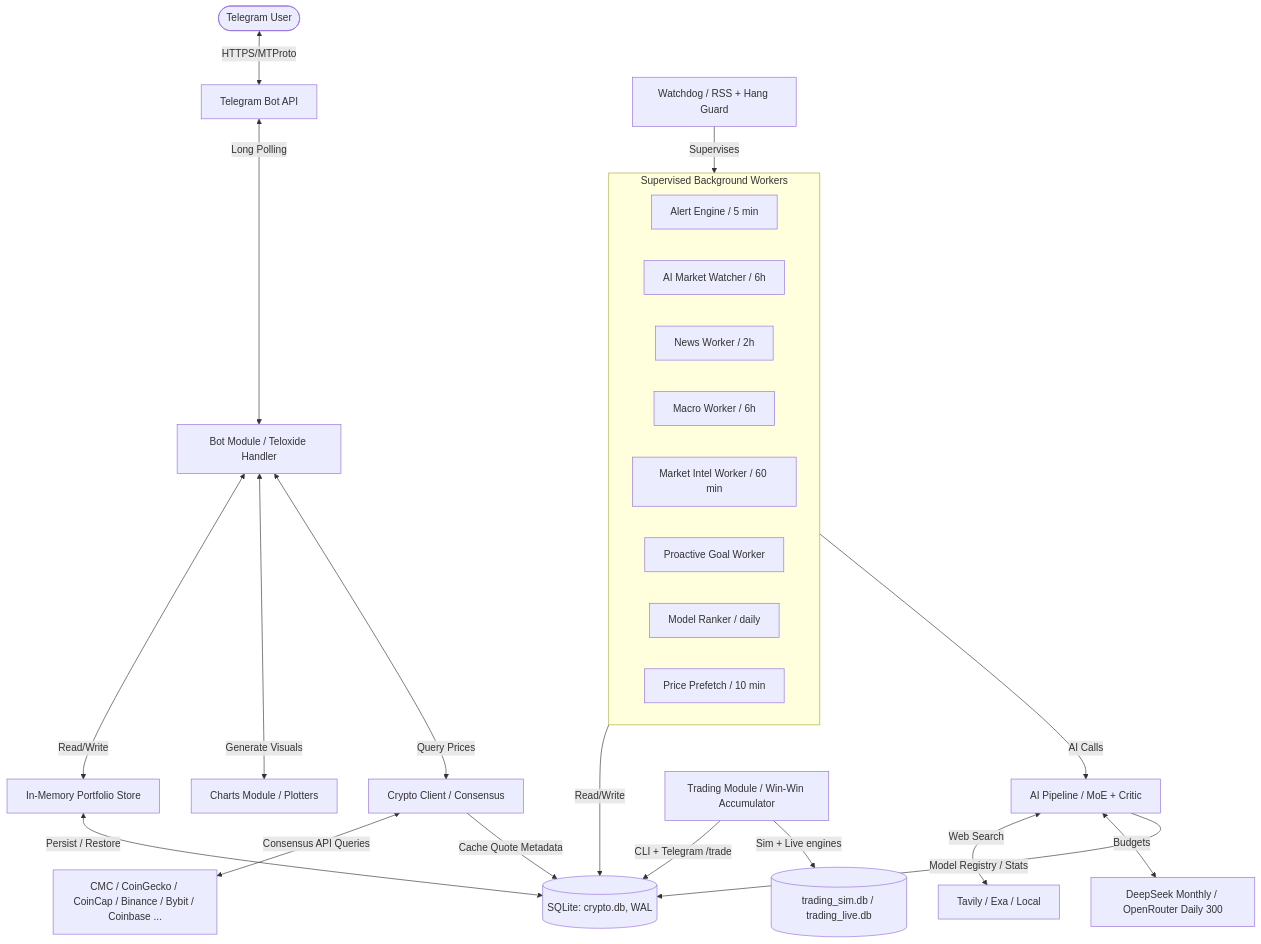
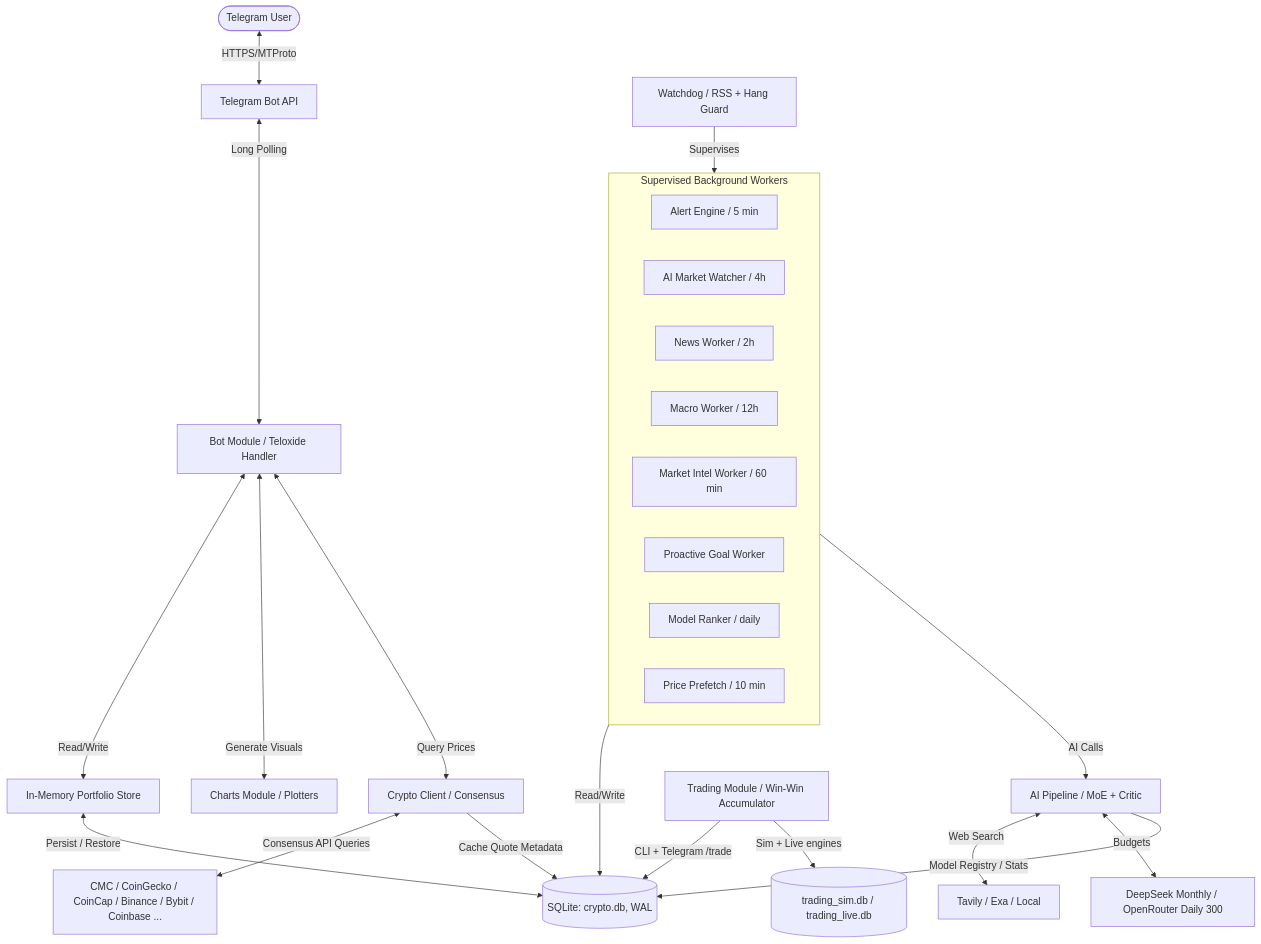
The diagram in docs/architecture.md (Envel-Nikita-Gutsenkov/CryptographBot), drawn with Mermaid before and after one commit. The commit also changed other lines of this file and 3 other files, not shown here.

````diff
--- a/docs/architecture.md
+++ b/docs/architecture.md
@@ -14,29 +14,29 @@
 ```mermaid
 graph TD
     User([Telegram User]) <-->|HTTPS/MTProto| Telegram[Telegram Bot API]
     Telegram <-->|Long Polling| Bot[Bot Module / Teloxide Handler]
     Bot <-->|Read/Write| Store[In-Memory Portfolio Store]
     Store <-->|Persist / Restore| Sqlite[(SQLite: crypto.db, WAL)]
     Bot <-->|Generate Visuals| Charts[Charts Module / Plotters]
     Bot <-->|Query Prices| Crypto[Crypto Client / Consensus]
     Crypto <-->|Consensus API Queries| Providers[CMC / CoinGecko / CoinCap / Binance / Bybit / Coinbase ...]
     Crypto -->|Cache Quote Metadata| Sqlite
     Watchdog[Watchdog / RSS + Hang Guard] -->|Supervises| Workers
     subgraph Workers[Supervised Background Workers]
         AlertEngine[Alert Engine / 5 min]
-        Watcher[AI Market Watcher / 6h]
+        Watcher[AI Market Watcher / 4h]
         NewsWorker[News Worker / 2h]
-        MacroWorker[Macro Worker / 6h]
+        MacroWorker[Macro Worker / 12h]
         IntelWorker[Market Intel Worker / 60 min]
         Proactive[Proactive Goal Worker]
         Ranker[Model Ranker / daily]
         Prefetch[Price Prefetch / 10 min]
     end
     Workers -->|Read/Write| Sqlite
     Workers -->|AI Calls| AI[AI Pipeline / MoE + Critic]
     AI <-->|Web Search| Search[Tavily / Exa / Local]
     AI <-->|Budgets| Budgets[DeepSeek Monthly / OpenRouter Daily 300]
     Trading[Trading Module / Win-Win Accumulator] -->|CLI + Telegram /trade| Sqlite
     Trading -->|Sim + Live engines| TradingDb[(trading_sim.db / trading_live.db)]
     AI -->|Model Registry / Stats| Sqlite
 ```
````
